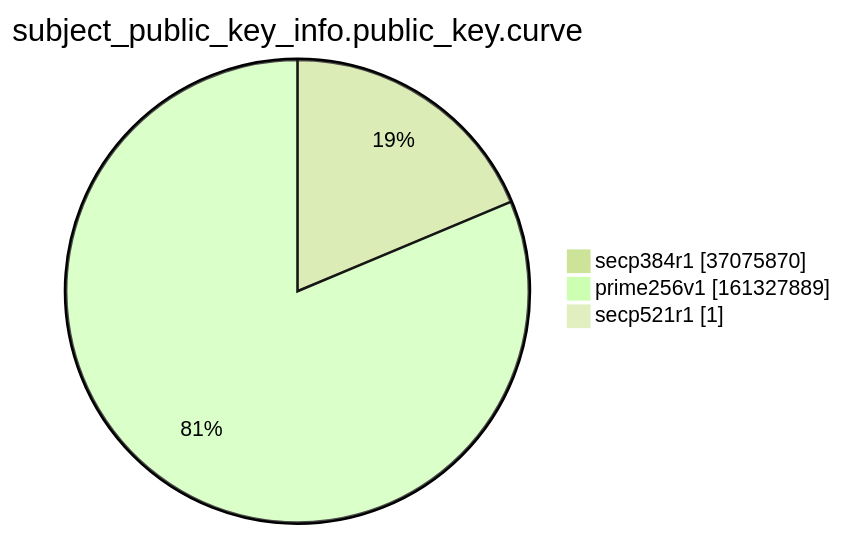
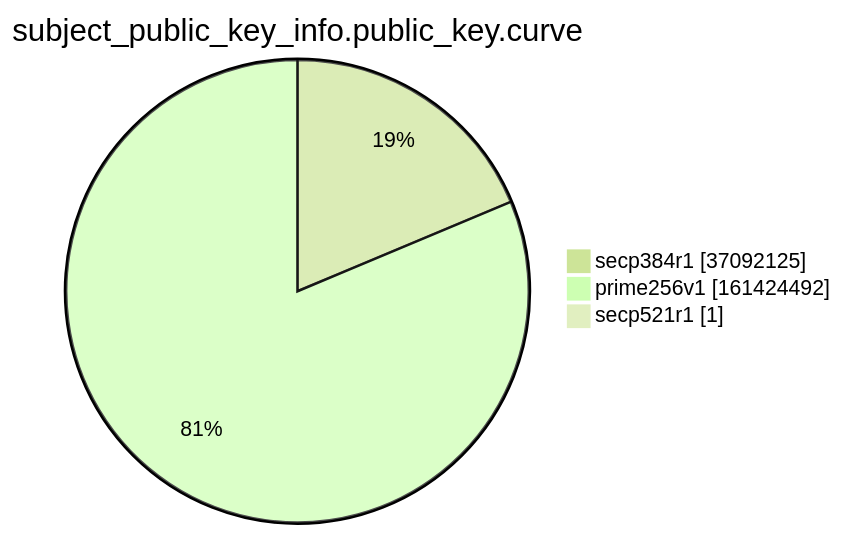
One commit to christiankrug/ctmonitor_visualization changed the ninth of 15 diagrams in argon2022/README.md. Above: the diagram before and after it, drawn with Mermaid (forest theme). The commit also changed other lines of this file, not shown here.

````diff
--- a/argon2022/README.md
+++ b/argon2022/README.md
@@ -2766,7 +2766,7 @@
 ```mermaid
 pie showData
 title subject_public_key_info.public_key.curve
-"secp384r1" :37075870
-"prime256v1" :161327889
+"secp384r1" :37092125
+"prime256v1" :161424492
 "secp521r1" :1
 ```
````
